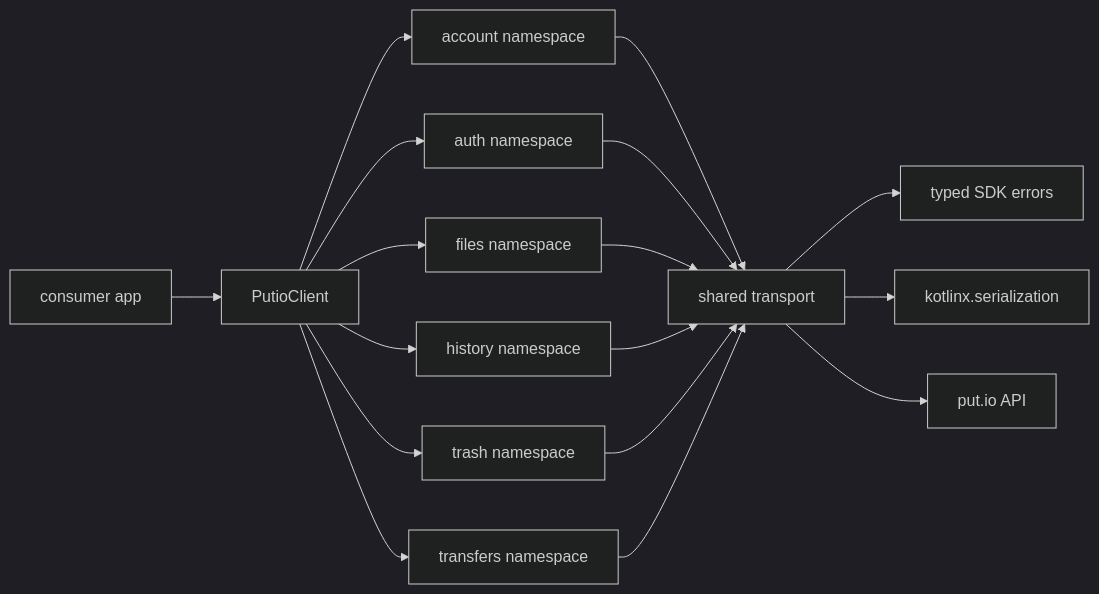
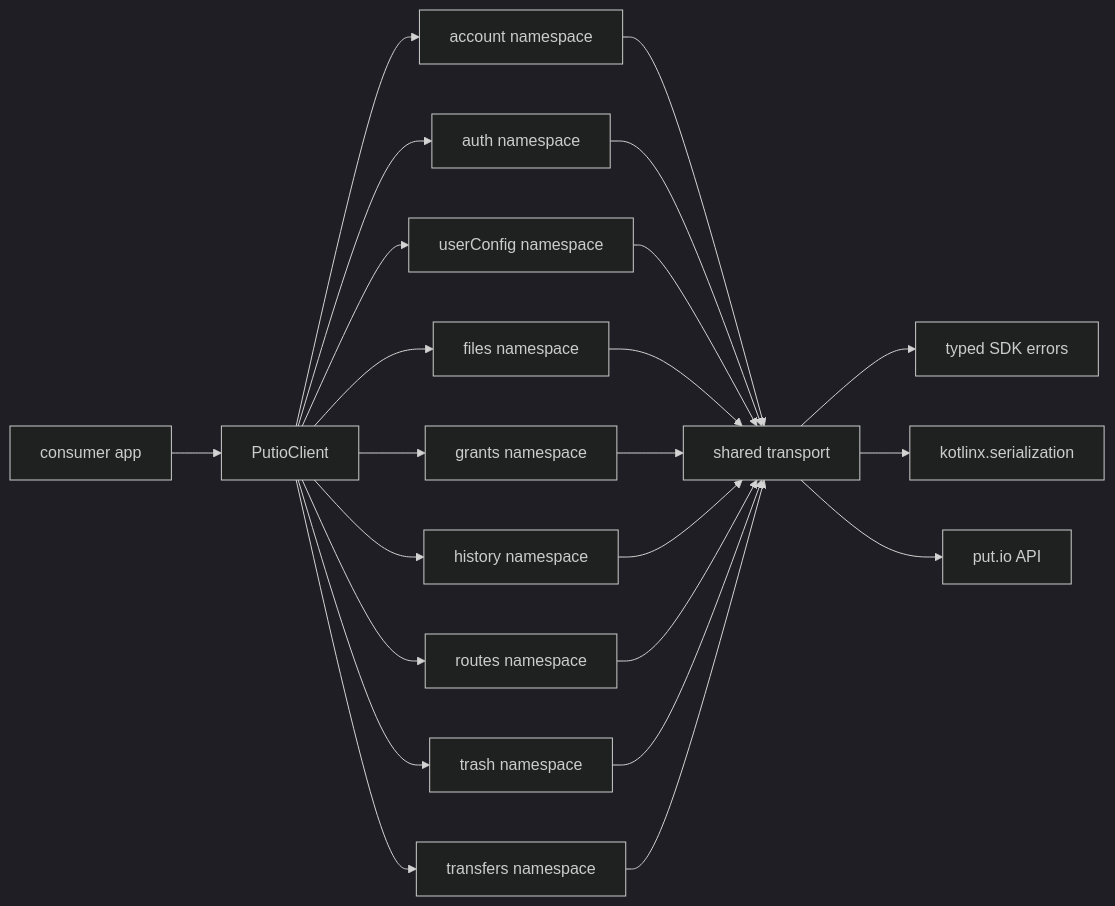
Before and after one commit to putdotio/putio-sdk-kotlin: the diagram in docs/ARCHITECTURE.md, drawn with Mermaid (dark theme). The commit also changed other lines of this file and 22 other files, not shown here.

````diff
--- a/docs/ARCHITECTURE.md
+++ b/docs/ARCHITECTURE.md
@@ -9,19 +9,25 @@
 ```mermaid
 graph LR
   Consumer["consumer app"] --> Client["PutioClient"]
   Client --> Account["account namespace"]
   Client --> Auth["auth namespace"]
+  Client --> Config["userConfig namespace"]
   Client --> Files["files namespace"]
+  Client --> Grants["grants namespace"]
   Client --> History["history namespace"]
+  Client --> Routes["routes namespace"]
   Client --> Trash["trash namespace"]
   Client --> Transfers["transfers namespace"]
   Account --> Transport["shared transport"]
   Auth --> Transport
+  Config --> Transport
   Files --> Transport
+  Grants --> Transport
   History --> Transport
+  Routes --> Transport
   Trash --> Transport
   Transfers --> Transport
   Transport --> Errors["typed SDK errors"]
   Transport --> Json["kotlinx.serialization"]
   Transport --> API["put.io API"]
 ```
````
